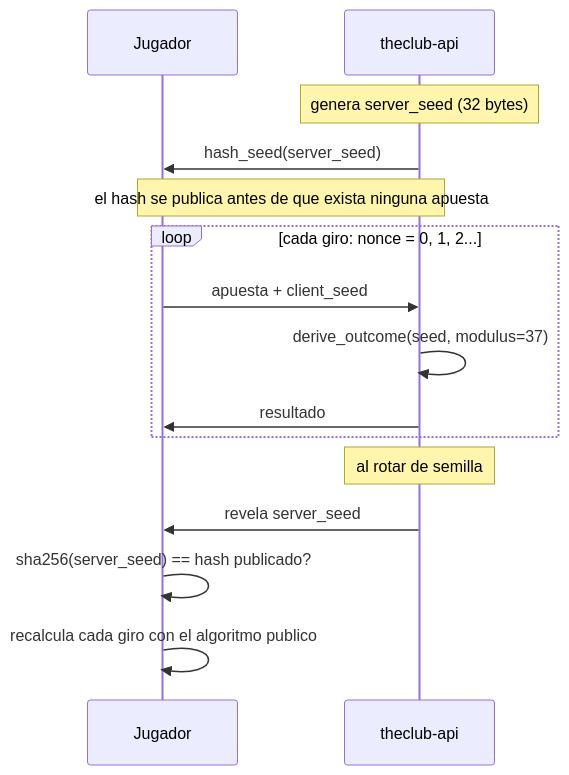
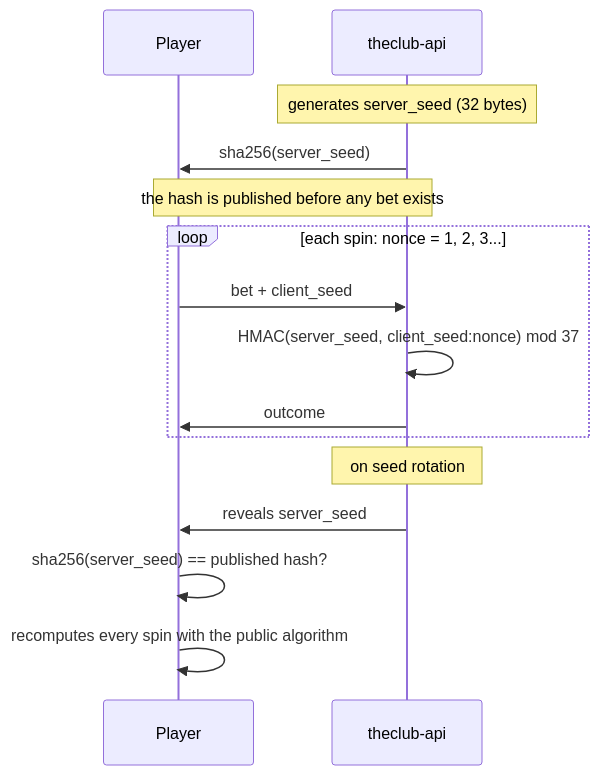
One commit to alexander-tinoco/theclub-api changed the second of 2 diagrams in README.md. Above: the diagram before and after it, drawn with Mermaid. The commit also changed other lines of this file, not shown here.

````diff
--- a/README.md
+++ b/README.md
@@ -293,20 +63,20 @@
 ```mermaid
 sequenceDiagram
-    participant J as Jugador
+    participant P as Player
     participant A as theclub-api
 
-    Note over A: genera server_seed (32 bytes)
-    A->>J: hash_seed(server_seed)
-    Note over J,A: el hash se publica antes de que exista ninguna apuesta
+    Note over A: generates server_seed (32 bytes)
+    A->>P: sha256(server_seed)
+    Note over P,A: the hash is published before any bet exists
 
-    loop cada giro: nonce = 0, 1, 2...
-        J->>A: apuesta + client_seed
-        A->>A: derive_outcome(seed, modulus=37)
-        A->>J: resultado
+    loop each spin: nonce = 1, 2, 3...
+        P->>A: bet + client_seed
+        A->>A: HMAC(server_seed, client_seed:nonce) mod 37
+        A->>P: outcome
     end
 
-    Note over A: al rotar de semilla
-    A->>J: revela server_seed
-    J->>J: sha256(server_seed) == hash publicado?
-    J->>J: recalcula cada giro con el algoritmo publico
+    Note over A: on seed rotation
+    A->>P: reveals server_seed
+    P->>P: sha256(server_seed) == published hash?
+    P->>P: recomputes every spin with the public algorithm
 ```
````
